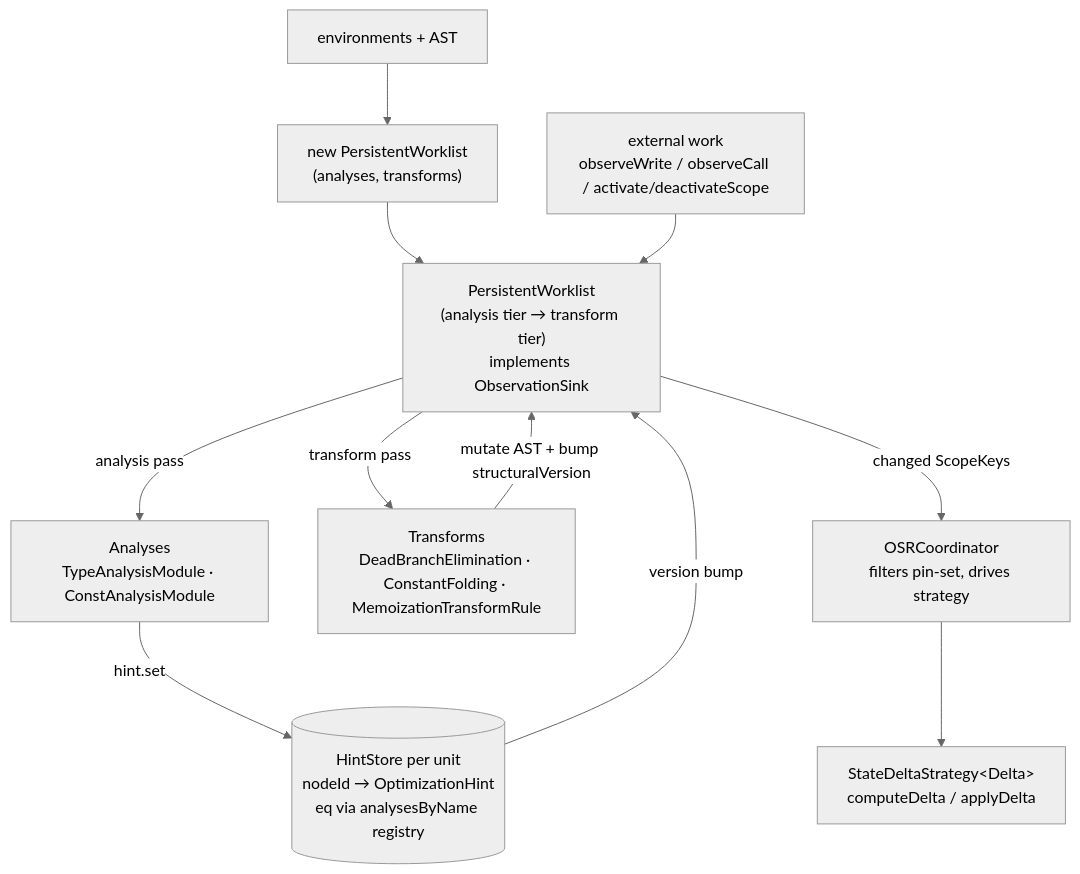
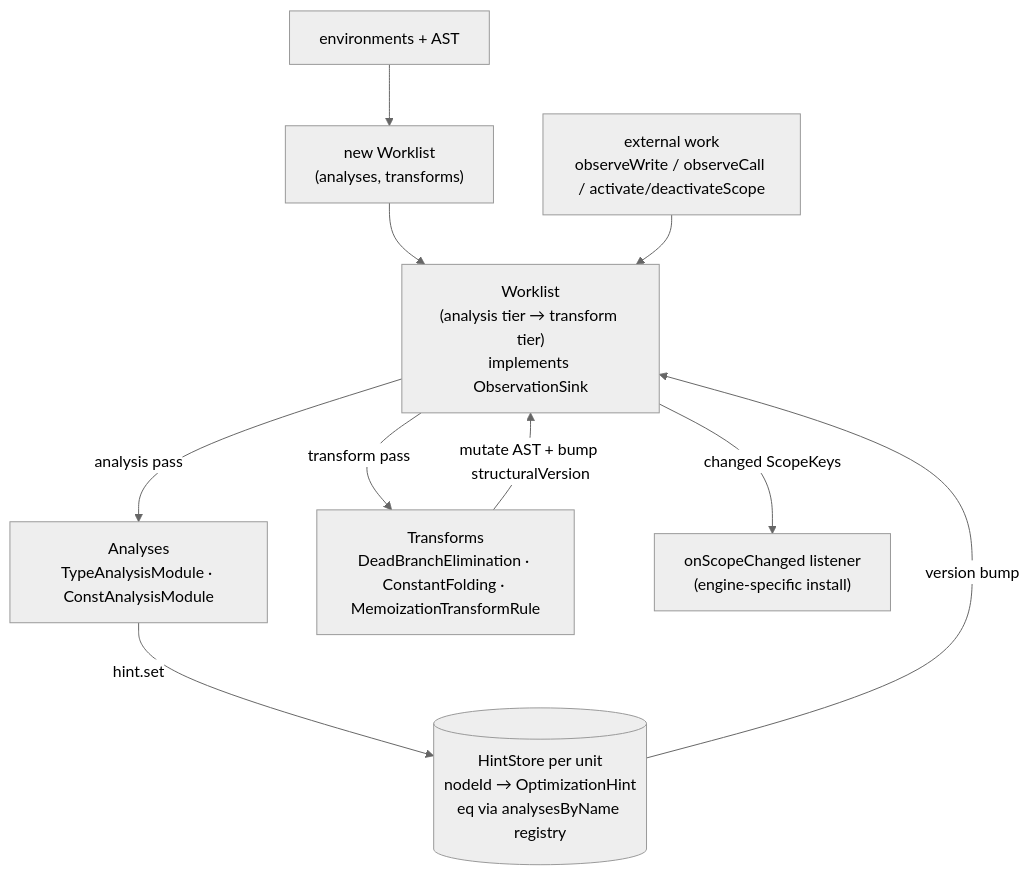
The third of 6 diagrams in docs/compilation-flow.md (loyaltypollution/py-slang), drawn with Mermaid (neutral theme) before and after one commit. The commit also changed other lines of this file and 55 other files, not shown here.

````diff
--- a/docs/compilation-flow.md
+++ b/docs/compilation-flow.md
@@ -148,20 +167,19 @@
 ```mermaid
 flowchart TB
     RESOLVE["environments + AST"]
-    BUILD["new PersistentWorklist<br/>(analyses, transforms)"]
-    PW["PersistentWorklist<br/>(analysis tier → transform tier)<br/>implements ObservationSink"]
+    BUILD["new Worklist<br/>(analyses, transforms)"]
+    PW["Worklist<br/>(analysis tier → transform tier)<br/>implements ObservationSink"]
     ANA["Analyses<br/>TypeAnalysisModule · ConstAnalysisModule"]
     XF["Transforms<br/>DeadBranchElimination · ConstantFolding · MemoizationTransformRule"]
     HS[("HintStore per unit<br/>nodeId → OptimizationHint<br/>eq via analysesByName registry")]
-    OSR["OSRCoordinator<br/>filters pin-set, drives strategy"]
-    STRAT["StateDeltaStrategy&lt;Delta&gt;<br/>computeDelta / applyDelta"]
+    PATCH["onScopeChanged listener<br/>(engine-specific install)"]
 
     RESOLVE --> BUILD --> PW
     PW -->|analysis pass| ANA -->|hint.set| HS
     PW -->|transform pass| XF -->|mutate AST + bump structuralVersion| PW
     HS -->|version bump| PW
-    PW -->|changed ScopeKeys| OSR --> STRAT
+    PW -->|changed ScopeKeys| PATCH
 
     EXT["external work<br/>observeWrite / observeCall / activate/deactivateScope"]
     EXT --> PW
 ```
````
